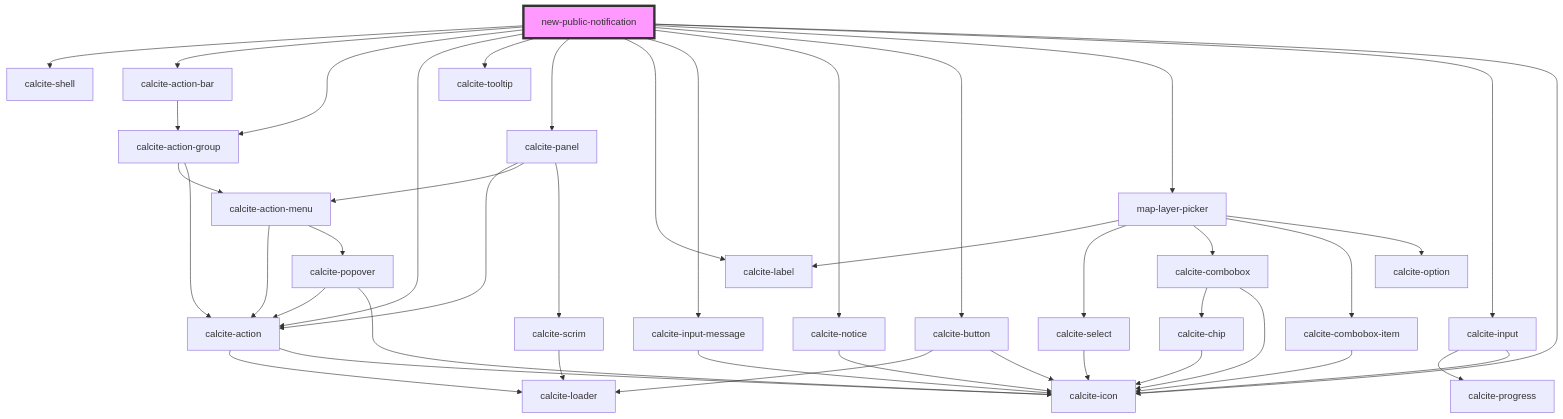
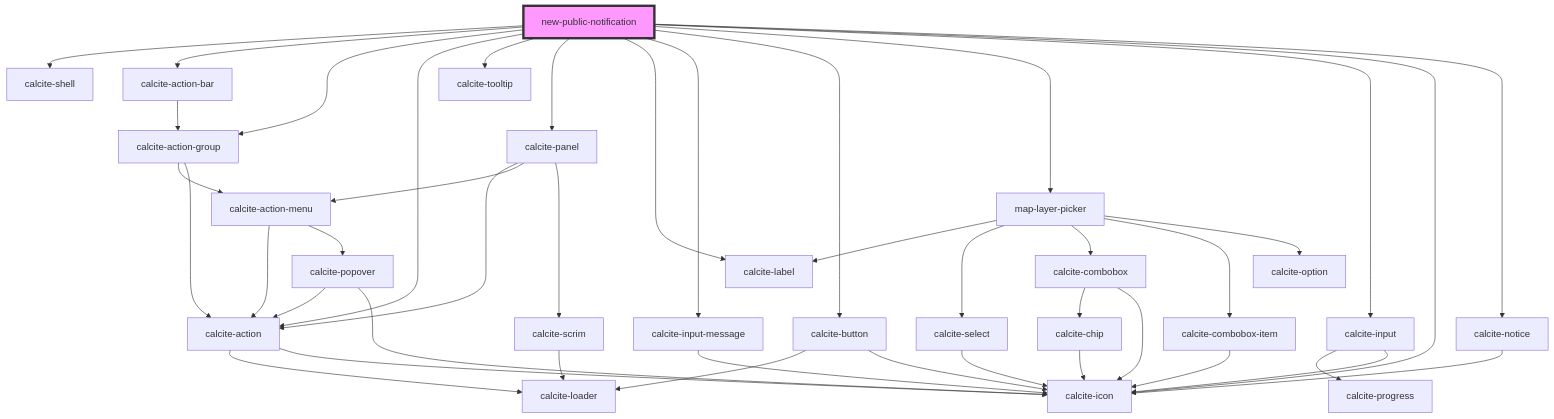
The diagram in src/components/new-public-notification/readme.md (Esri/solutions-components), drawn with Mermaid before and after one commit. The commit also changed other lines of this file and 1 other file, not shown here.

````diff
--- a/src/components/new-public-notification/readme.md
+++ b/src/components/new-public-notification/readme.md
@@ -36,46 +36,46 @@
 ```mermaid
 graph TD;
   new-public-notification --> calcite-shell
   new-public-notification --> calcite-action-bar
   new-public-notification --> calcite-action-group
   new-public-notification --> calcite-action
   new-public-notification --> calcite-tooltip
   new-public-notification --> calcite-panel
   new-public-notification --> calcite-label
   new-public-notification --> calcite-input-message
-  new-public-notification --> calcite-notice
   new-public-notification --> calcite-button
   new-public-notification --> map-layer-picker
   new-public-notification --> calcite-input
   new-public-notification --> calcite-icon
+  new-public-notification --> calcite-notice
   calcite-action-bar --> calcite-action-group
   calcite-action-group --> calcite-action-menu
   calcite-action-group --> calcite-action
   calcite-action-menu --> calcite-action
   calcite-action-menu --> calcite-popover
   calcite-action --> calcite-loader
   calcite-action --> calcite-icon
   calcite-popover --> calcite-action
   calcite-popover --> calcite-icon
   calcite-panel --> calcite-action
   calcite-panel --> calcite-action-menu
   calcite-panel --> calcite-scrim
   calcite-scrim --> calcite-loader
   calcite-input-message --> calcite-icon
-  calcite-notice --> calcite-icon
   calcite-button --> calcite-loader
   calcite-button --> calcite-icon
   map-layer-picker --> calcite-label
   map-layer-picker --> calcite-select
   map-layer-picker --> calcite-combobox
   map-layer-picker --> calcite-combobox-item
   map-layer-picker --> calcite-option
   calcite-select --> calcite-icon
   calcite-combobox --> calcite-chip
   calcite-combobox --> calcite-icon
   calcite-chip --> calcite-icon
   calcite-combobox-item --> calcite-icon
   calcite-input --> calcite-progress
   calcite-input --> calcite-icon
+  calcite-notice --> calcite-icon
   style new-public-notification fill:#f9f,stroke:#333,stroke-width:4px
 ```
````
